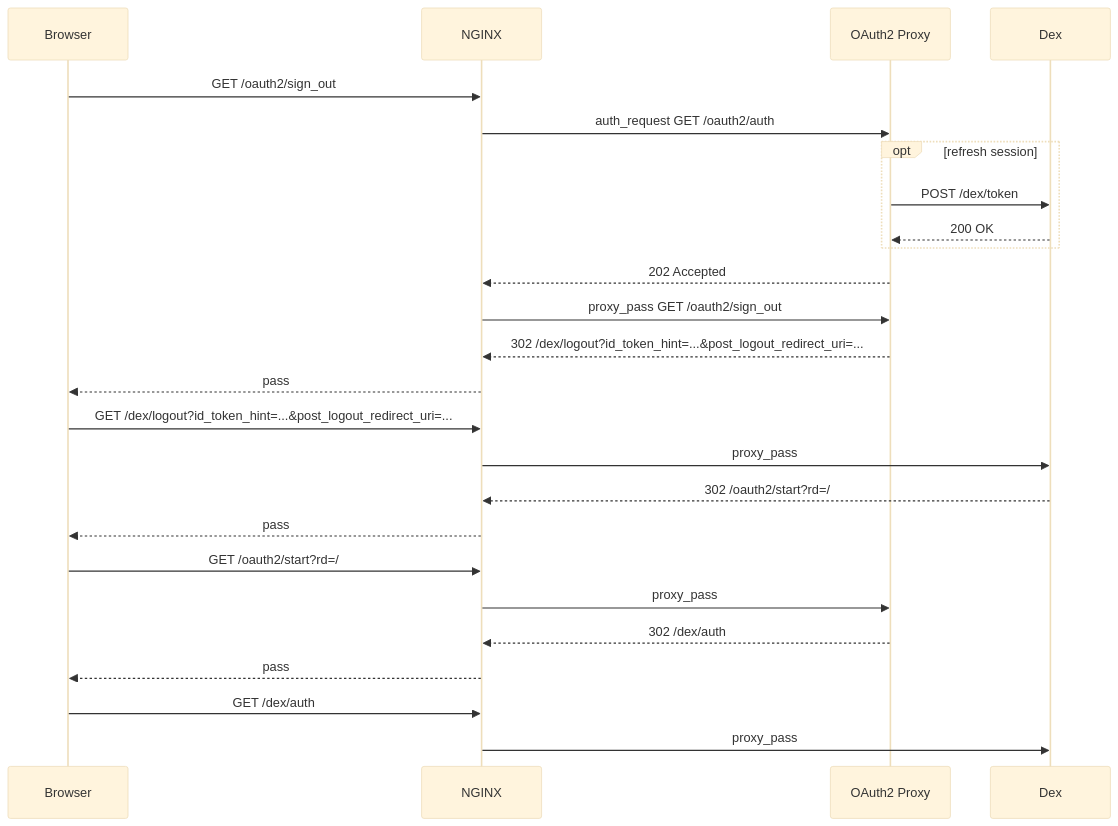
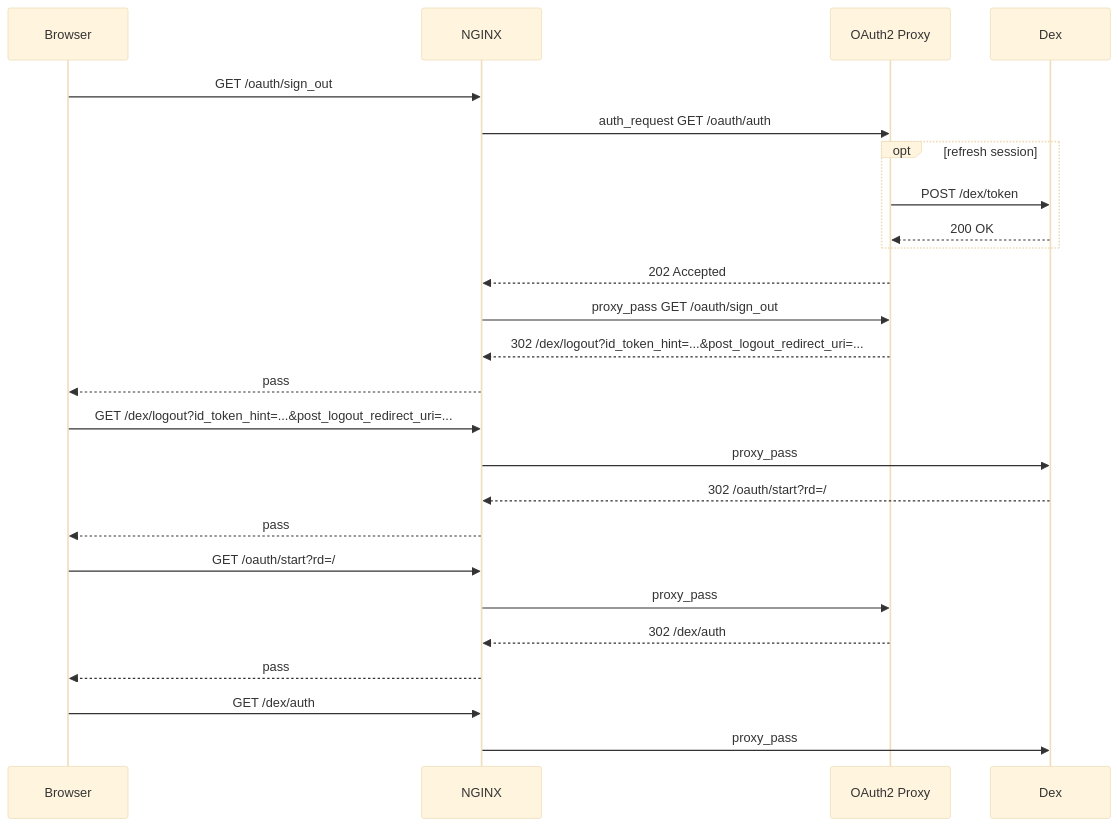
The fourth of 6 diagrams in docs/session-lifecycle.md (blakearoberts/visage), drawn with Mermaid (base theme) before and after one commit. The commit also changed other lines of this file and 14 other files, not shown here.

Commit message:
Use /oauth as the OAuth2 Proxy endpoint prefix

````diff
--- a/docs/session-lifecycle.md
+++ b/docs/session-lifecycle.md
@@ -111,28 +111,28 @@
 ```mermaid
 sequenceDiagram
   participant Browser
   participant NGINX
   participant Proxy as OAuth2 Proxy
   participant Dex
 
-  Browser->>NGINX: GET /oauth2/sign_out
-  NGINX->>Proxy: auth_request GET /oauth2/auth
+  Browser->>NGINX: GET /oauth/sign_out
+  NGINX->>Proxy: auth_request GET /oauth/auth
   opt refresh session
     Proxy->>Dex: POST /dex/token
     Dex-->>Proxy: 200 OK
   end
   Proxy-->>NGINX: 202 Accepted
-  NGINX->>Proxy: proxy_pass GET /oauth2/sign_out
+  NGINX->>Proxy: proxy_pass GET /oauth/sign_out
   Proxy-->>NGINX: 302 /dex/logout?id_token_hint=...&post_logout_redirect_uri=...
   NGINX-->>Browser: pass
   Browser->>NGINX: GET /dex/logout?id_token_hint=...&post_logout_redirect_uri=...
   NGINX->>Dex: proxy_pass
-  Dex-->>NGINX: 302 /oauth2/start?rd=/
+  Dex-->>NGINX: 302 /oauth/start?rd=/
   NGINX-->>Browser: pass
-  Browser->>NGINX: GET /oauth2/start?rd=/
+  Browser->>NGINX: GET /oauth/start?rd=/
   NGINX->>Proxy: proxy_pass
   Proxy-->>NGINX: 302 /dex/auth
   NGINX-->>Browser: pass
   Browser->>NGINX: GET /dex/auth
   NGINX->>Dex: proxy_pass
 ```
````
